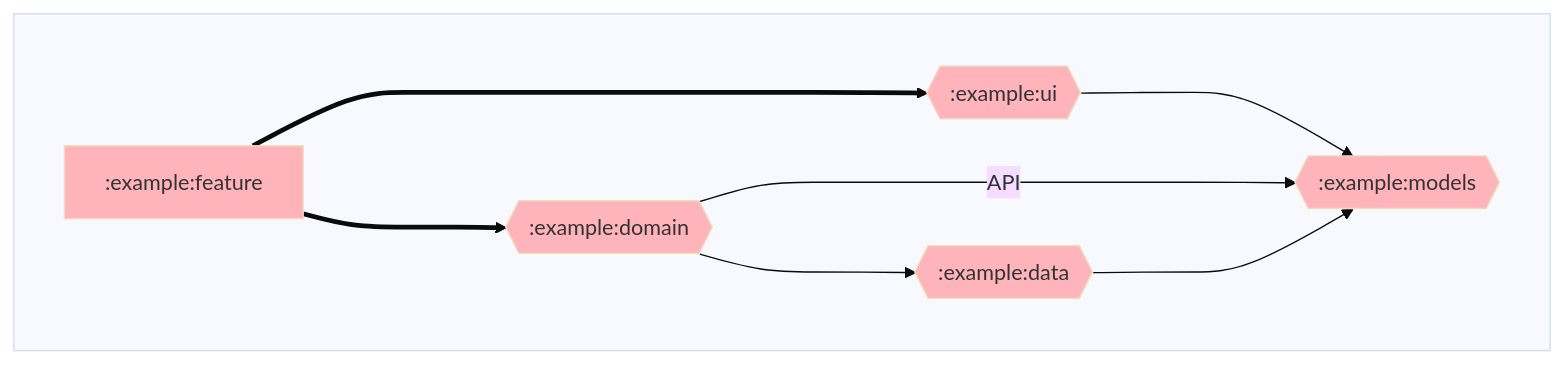
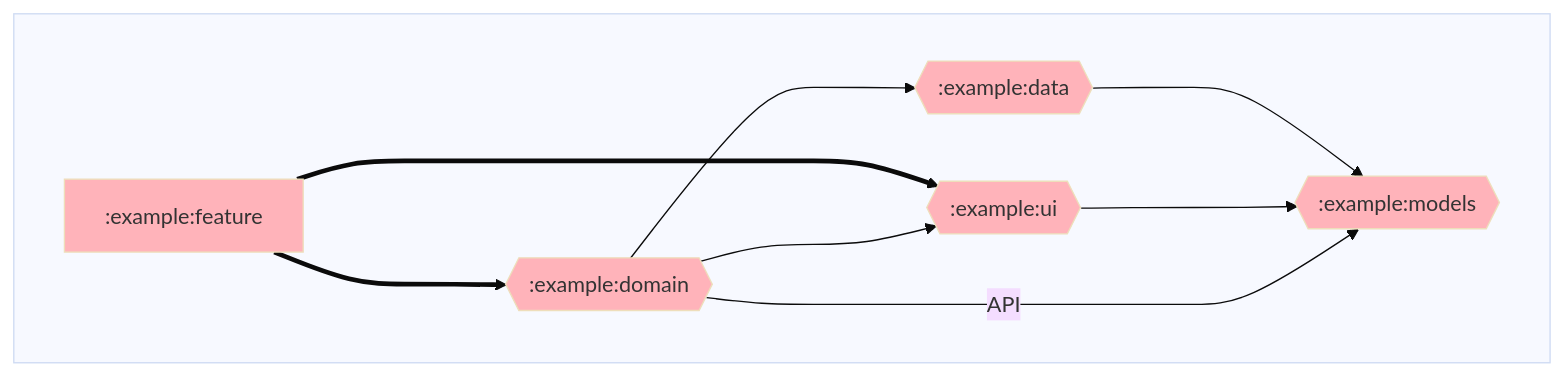
Before and after one commit to adityabhaskar/Gradle-dependency-graphs: the diagram in example/feature/dependencyGraph.md, drawn with Mermaid. The commit also changed 2 other files, not shown here.

Commit message:
Updated dependency graphs

````diff
--- a/example/feature/dependencyGraph.md
+++ b/example/feature/dependencyGraph.md
@@ -1,37 +1,38 @@
 ```mermaid
 %%{ init: { 'theme': 'base' } }%%
 graph LR;
 
 %% Styling for module nodes by type
 classDef rootNode stroke-width:4px;
 classDef mppNode fill:#ffd2b3;
 classDef andNode fill:#baffc9;
 classDef javaNode fill:#ffb3ba;
 
 %% Modules
 subgraph  
   direction LR;
   :example:data{{:example:data}}:::javaNode;
   :example:domain{{:example:domain}}:::javaNode;
   :example:feature[:example:feature]:::javaNode;
   :example:models{{:example:models}}:::javaNode;
   :example:ui{{:example:ui}}:::javaNode;
 end
 
 %% Dependencies
 :example:data--->:example:models
 :example:feature===>:example:ui
 :example:feature===>:example:domain
 :example:ui--->:example:models
 :example:domain--API--->:example:models
 :example:domain--->:example:data
+:example:domain--->:example:ui
 
 %% Dependents
 
 %% Click interactions
 click :example:data https://github.com/adityabhaskar/Project-Dependency-Graph/blob/main/example/data/dependencyGraph.md
 click :example:domain https://github.com/adityabhaskar/Project-Dependency-Graph/blob/main/example/domain/dependencyGraph.md
 click :example:feature https://github.com/adityabhaskar/Project-Dependency-Graph/blob/main/example/feature/dependencyGraph.md
 click :example:models https://github.com/adityabhaskar/Project-Dependency-Graph/blob/main/example/models/dependencyGraph.md
 click :example:ui https://github.com/adityabhaskar/Project-Dependency-Graph/blob/main/example/ui/dependencyGraph.md
 ```
````
